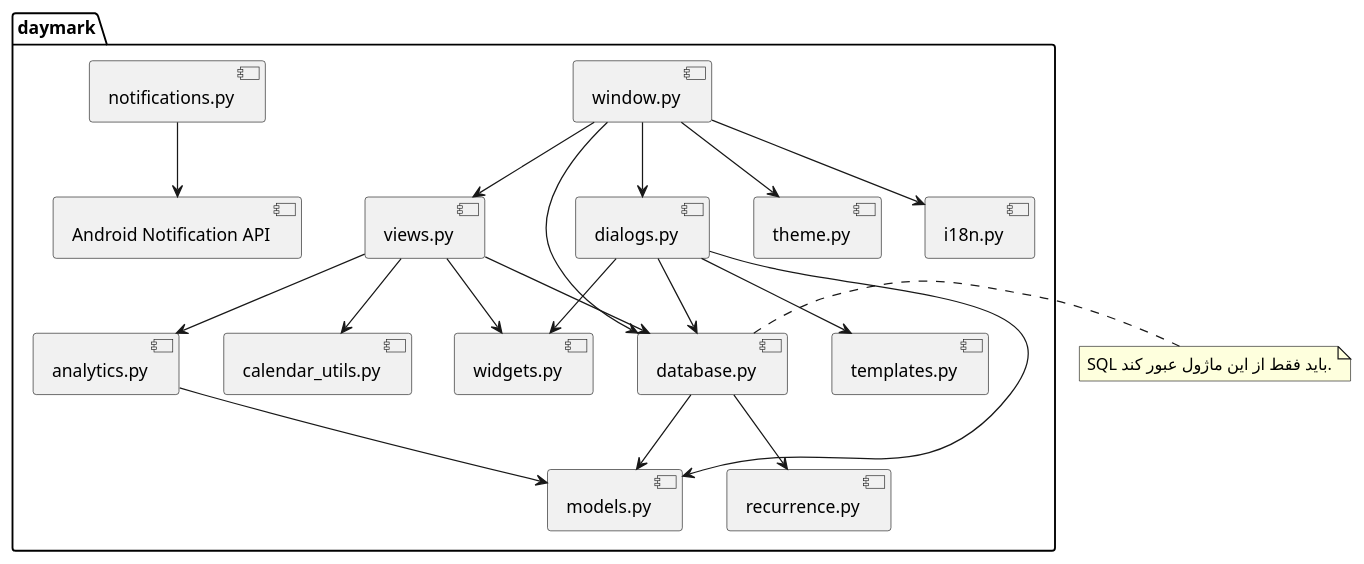
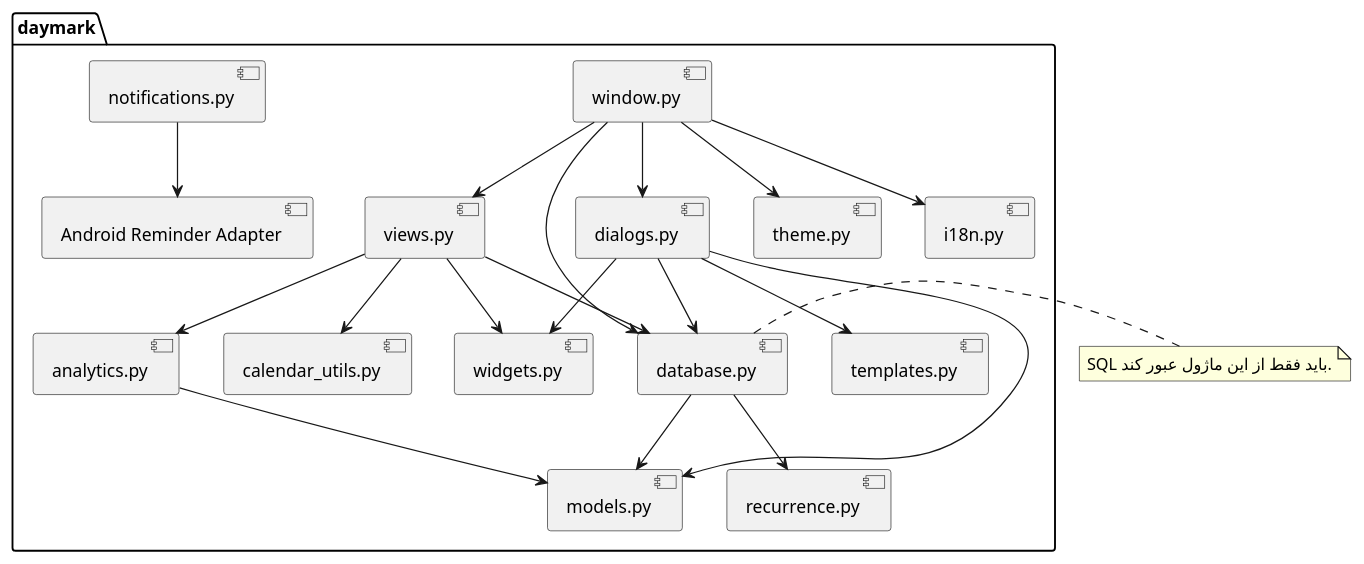
The diagram in docs/diagrams/07_package_dependencies.puml (phoenix-0011/Daymark), drawn with PlantUML before and after one commit. The commit also changed 44 other files, not shown here.

```diff
--- a/docs/diagrams/07_package_dependencies.puml
+++ b/docs/diagrams/07_package_dependencies.puml
@@ -1,28 +1,28 @@
 @startuml
 package "daymark" {
   [window.py] --> [views.py]
   [window.py] --> [dialogs.py]
   [window.py] --> [database.py]
   [window.py] --> [theme.py]
   [window.py] --> [i18n.py]
 
   [views.py] --> [widgets.py]
   [views.py] --> [analytics.py]
   [views.py] --> [calendar_utils.py]
   [views.py] --> [database.py]
 
   [dialogs.py] --> [widgets.py]
   [dialogs.py] --> [models.py]
   [dialogs.py] --> [database.py]
   [dialogs.py] --> [templates.py]
 
   [database.py] --> [models.py]
   [database.py] --> [recurrence.py]
   [analytics.py] --> [models.py]
-  [notifications.py] --> [Android Notification API]
+  [notifications.py] --> [Android Reminder Adapter]
 }
 
 note right of [database.py]
 SQL باید فقط از این ماژول عبور کند.
 end note
 @enduml
```
